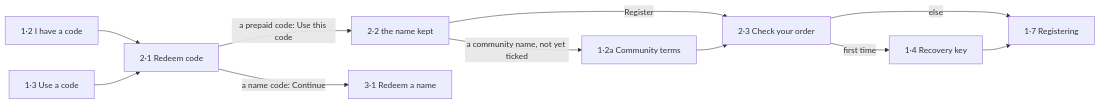
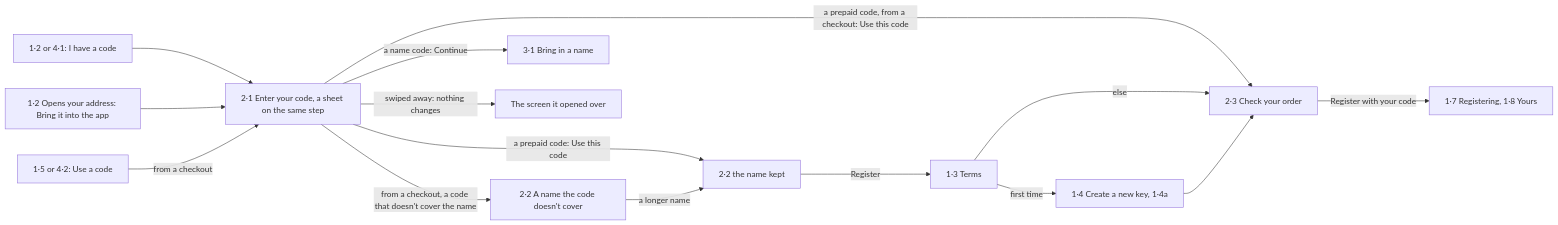
The second of 3 diagrams in plans/2026-10-30-names-in-app-purchases.md (simplex-chat/simplex-chat), drawn with Mermaid before and after one commit. The commit also changed other lines of this file, not shown here.

Commit message:
docs: names plan puts terms and key before checkout, pays in browser

````diff
--- a/plans/2026-10-30-names-in-app-purchases.md
+++ b/plans/2026-10-30-names-in-app-purchases.md
@@ -588,13 +617,17 @@
 ```mermaid
 flowchart LR
-  search["1·2 I have a code"] --> redeem["2·1 Redeem code"]
-  order["1·3 Use a code"] --> redeem
-  redeem -->|"a prepaid code: Use this code"| named["2·2 the name kept"]
-  redeem -->|"a name code: Continue"| site["3·1 Redeem a name"]
-  named -->|Register| check["2·3 Check your order"]
-  named -->|"a community name, not yet ticked"| terms["1·2a Community terms"]
-  terms --> check
-  check -->|first time| key["1·4 Recovery key"]
-  check -->|else| registering["1·7 Registering"]
-  key --> registering
+  search["1·2 or 4·1: I have a code"] --> sheet["2·1 Enter your code, a sheet on the same step"]
+  opens["1·2 Opens your address: Bring it into the app"] --> sheet
+  order["1·5 or 4·2: Use a code"] -->|"from a checkout"| sheet
+  sheet -->|"a prepaid code: Use this code"| named["2·2 the name kept"]
+  sheet -->|"a prepaid code, from a checkout: Use this code"| check["2·3 Check your order"]
+  sheet -->|"from a checkout, a code that doesn't cover the name"| short["2·2 A name the code doesn't cover"]
+  sheet -->|"a name code: Continue"| bring["3·1 Bring in a name"]
+  sheet -->|"swiped away: nothing changes"| back["The screen it opened over"]
+  short -->|"a longer name"| named
+  named -->|Register| terms["1·3 Terms"]
+  terms -->|"first time"| key["1·4 Create a new key, 1·4a"]
+  terms -->|else| check
+  key --> check
+  check -->|"Register with your code"| registering["1·7 Registering, 1·8 Yours"]
 ```
````
